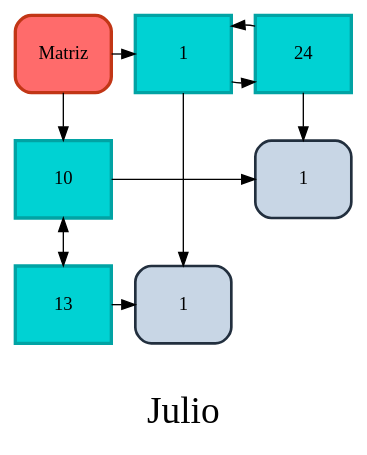
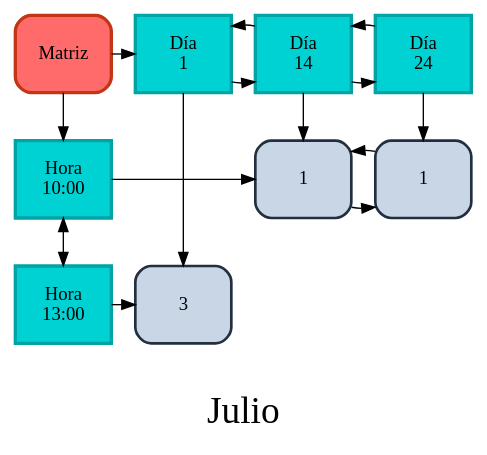
One commit to DanielDubonDR/EDD_SmartClass_201901772 changed the diagram in Fase_2/Archivos_dot/Dispersa.dot. Above: the diagram before and after it, drawn with Graphviz. The commit also changed 4 other files, not shown here.

```diff
--- a/Fase_2/Archivos_dot/Dispersa.dot
+++ b/Fase_2/Archivos_dot/Dispersa.dot
@@ -1,27 +1,34 @@
 
         digraph G {
         label="\nJulio" fontsize=28;
         node [shape=box, height=0.8];
         Head[ label = "Matriz", width = 1, style = "filled, rounded" fillcolor = "#ff6b6b", color="#c23616" group = 1 penwidth=2.5];
         
-		F10 [label = "10"   width = 1 style = filled, fillcolor = "#00d2d3", color="#01a3a4" penwidth=2.5 group = 1 ];
-		F13 [label = "13"   width = 1 style = filled, fillcolor = "#00d2d3", color="#01a3a4" penwidth=2.5 group = 1 ];
+		F10 [label = "Hora\n10:00"   width = 1 style = filled, fillcolor = "#00d2d3", color="#01a3a4" penwidth=2.5 group = 1 ];
+		F13 [label = "Hora\n13:00"   width = 1 style = filled, fillcolor = "#00d2d3", color="#01a3a4" penwidth=2.5 group = 1 ];
 		edge[dir="both"];
 		F10 -> F13;
 		edge[dir="forward"];
-		C1 [label = "1"   width = 1 style = filled, fillcolor = "#00d2d3", color="#01a3a4" penwidth=2.5 group = 1 ];
-		C24 [label = "24"   width = 1 style = filled, fillcolor = "#00d2d3", color="#01a3a4" penwidth=2.5 group = 24 ];
-		C1 -> C24;
-		C24 -> C1;
+		C1 [label = "Día\n1"   width = 1 style = filled, fillcolor = "#00d2d3", color="#01a3a4" penwidth=2.5 group = 1 ];
+		C14 [label = "Día\n14"   width = 1 style = filled, fillcolor = "#00d2d3", color="#01a3a4" penwidth=2.5 group = 14 ];
+		C24 [label = "Día\n24"   width = 1 style = filled, fillcolor = "#00d2d3", color="#01a3a4" penwidth=2.5 group = 24 ];
+		C1 -> C14;
+		C14 -> C1;
+		C14 -> C24;
+		C24 -> C14;
 		Head -> F10; 
 		Head -> C1;
-		{ rank = same; Head;C1; C24; }
+		{ rank = same; Head;C1; C14; C24; }
+		N10_L14 [label = "1" width = 1, style="filled, rounded" fillcolor="#c8d6e5" color="#222f3e" penwidth=2 group = 14 ];
+		F10 -> N10_L14;
+		N10_L14-> N10_L24;
+		N10_L24-> N10_L14;
 		N10_L24 [label = "1" width = 1, style="filled, rounded" fillcolor="#c8d6e5" color="#222f3e" penwidth=2 group = 24 ];
-		F10 -> N10_L24;
-		N13_L1 [label = "1" width = 1, style="filled, rounded" fillcolor="#c8d6e5" color="#222f3e" penwidth=2 group = 1 ];
+		N13_L1 [label = "3" width = 1, style="filled, rounded" fillcolor="#c8d6e5" color="#222f3e" penwidth=2 group = 1 ];
 		F13 -> N13_L1;
-		{ rank = same; F10; N10_L24; }
+		{ rank = same; F10; N10_L14; N10_L24; }
 		{ rank = same; F13; N13_L1; }
 		C1 -> N13_L1;
+		C14 -> N10_L14;
 		C24 -> N10_L24;
 }
```
